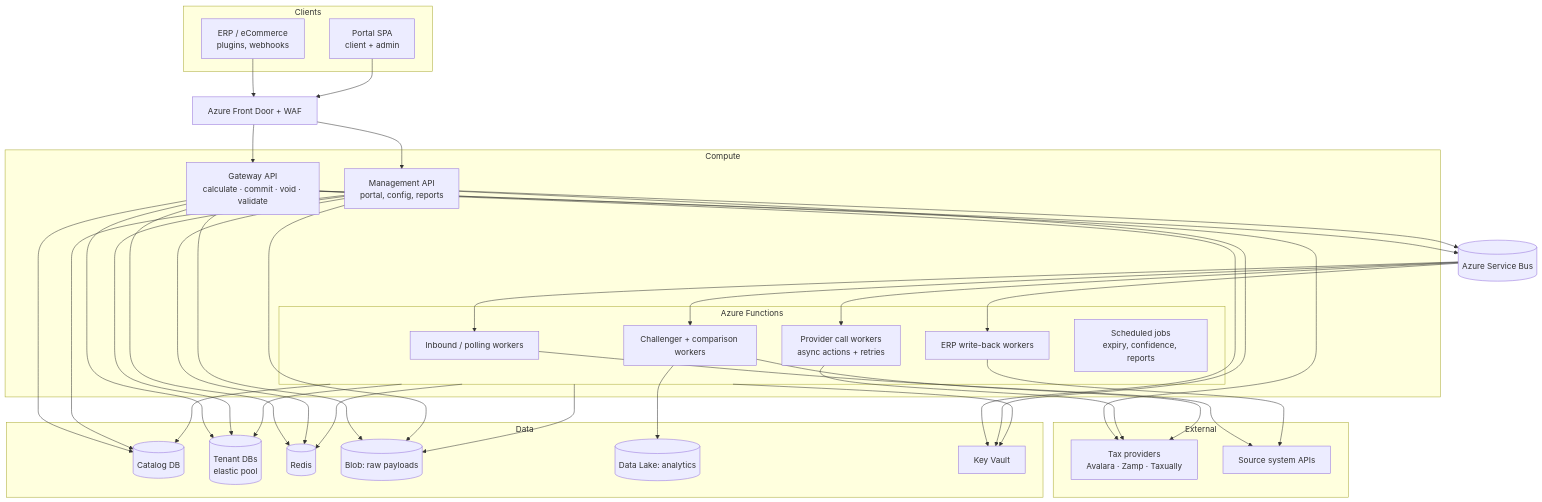
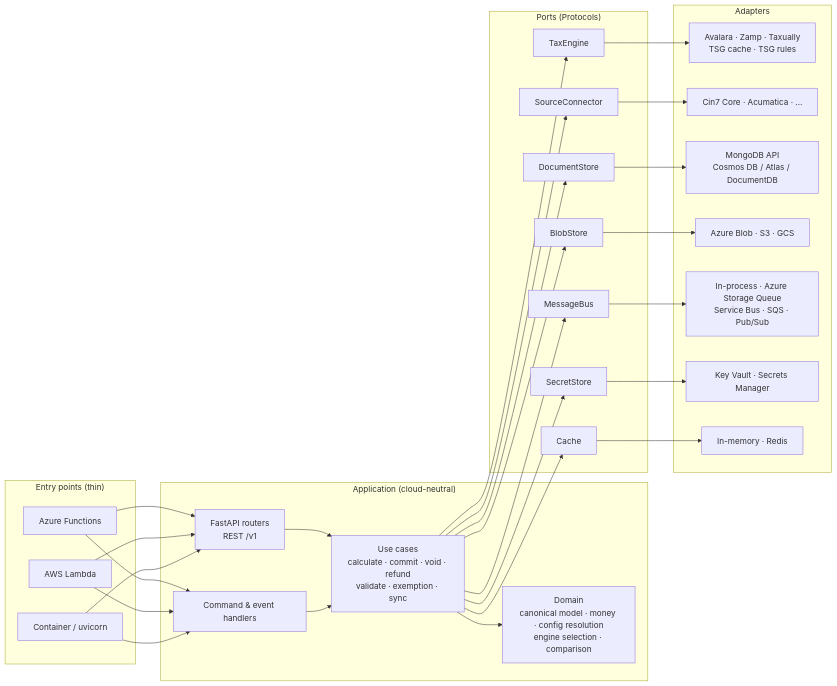
The first of 3 diagrams in spec/08-architecture.md (dsenthilraj2/TaxCalculator), drawn with Mermaid before and after one commit. The commit also changed other lines of this file and 3 other files, not shown here.

First line of the commit message:
Rework architecture for Python, document DB and multi-cloud

````diff
--- a/spec/08-architecture.md
+++ b/spec/08-architecture.md
@@ -45,50 +32,46 @@
 ```mermaid
-flowchart TB
-  subgraph Clients
-    ERP[ERP / eCommerce<br/>plugins, webhooks]
-    UI[Portal SPA<br/>client + admin]
+flowchart LR
+  subgraph Entry["Entry points (thin)"]
+    AF[Azure Functions]
+    AL[AWS Lambda]
+    CT[Container / uvicorn]
   end
 
-  FD[Azure Front Door + WAF]
-  ERP --> FD
-  UI --> FD
-
-  subgraph Compute
-    GAPI[Gateway API<br/>calculate · commit · void · validate]
-    MAPI[Management API<br/>portal, config, reports]
-    subgraph Workers[Azure Functions]
-      WIN[Inbound / polling workers]
-      WPR[Provider call workers<br/>async actions + retries]
-      WCH[Challenger + comparison workers]
-      WWB[ERP write-back workers]
-      WJOB[Scheduled jobs<br/>expiry, confidence, reports]
-    end
+  subgraph App["Application (cloud-neutral)"]
+    API[FastAPI routers<br/>REST /v1]
+    H[Command & event handlers]
+    UC[Use cases<br/>calculate · commit · void · refund<br/>validate · exemption · sync]
+    D[Domain<br/>canonical model · money · config resolution<br/>engine selection · comparison]
   end
 
-  FD --> GAPI
-  FD --> MAPI
-
-  SB[(Azure Service Bus)]
-  GAPI --> SB
-  MAPI --> SB
-  SB --> WIN & WPR & WCH & WWB
-
-  subgraph Data
-    CAT[(Catalog DB)]
-    TDB[(Tenant DBs<br/>elastic pool)]
-    REDIS[(Redis)]
-    BLOB[(Blob: raw payloads)]
-    LAKE[(Data Lake: analytics)]
-    KV[Key Vault]
+  subgraph Ports["Ports (Protocols)"]
+    PT[TaxEngine]
+    PS[SourceConnector]
+    PR[DocumentStore]
+    PB[BlobStore]
+    PM[MessageBus]
+    PK[SecretStore]
+    PC[Cache]
   end
 
-  GAPI & MAPI & Workers --> CAT & TDB & REDIS & BLOB & KV
-  WCH --> LAKE
+  subgraph Adapters
+    AE[Avalara · Zamp · Taxually<br/>TSG cache · TSG rules]
+    AC[Cin7 Core · Acumatica · ...]
+    AD[MongoDB API<br/>Cosmos DB / Atlas / DocumentDB]
+    AB[Azure Blob · S3 · GCS]
+    AM[In-process · Azure Storage Queue<br/>Service Bus · SQS · Pub/Sub]
+    AK[Key Vault · Secrets Manager]
+    AX[In-memory · Redis]
+  end
 
-  subgraph External
-    PRV[Tax providers<br/>Avalara · Zamp · Taxually]
-    SRC[Source system APIs]
-  end
-  GAPI & WPR & WCH --> PRV
-  WIN & WWB --> SRC
+  AF & AL & CT --> API & H
+  API & H --> UC --> D
+  UC --> PT & PS & PR & PB & PM & PK & PC
+  PT --> AE
+  PS --> AC
+  PR --> AD
+  PB --> AB
+  PM --> AM
+  PK --> AK
+  PC --> AX
 ```
````
